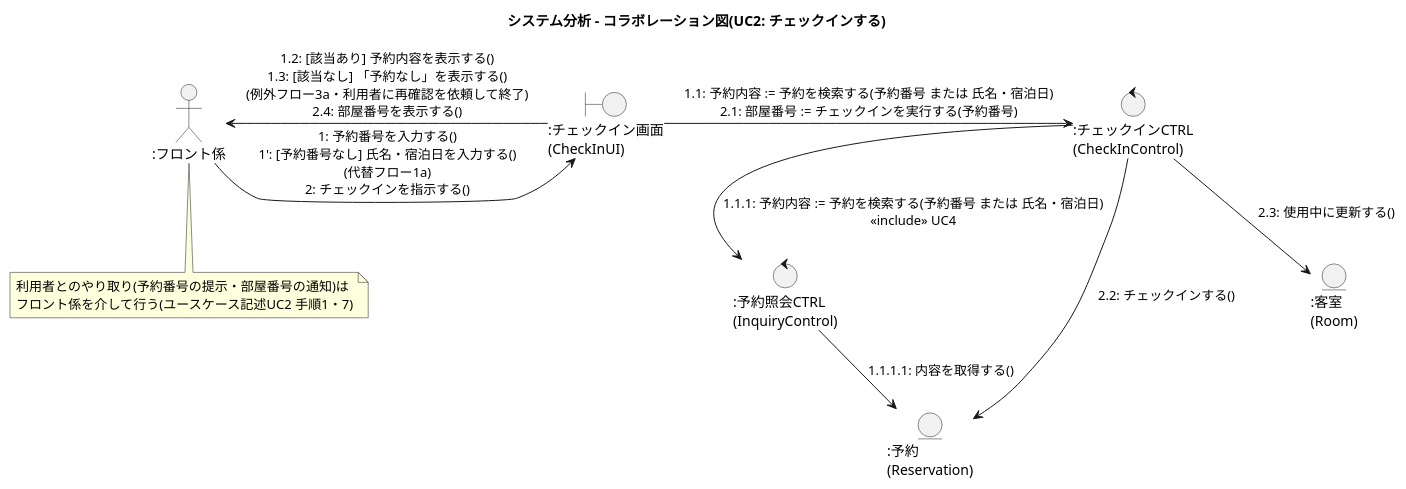
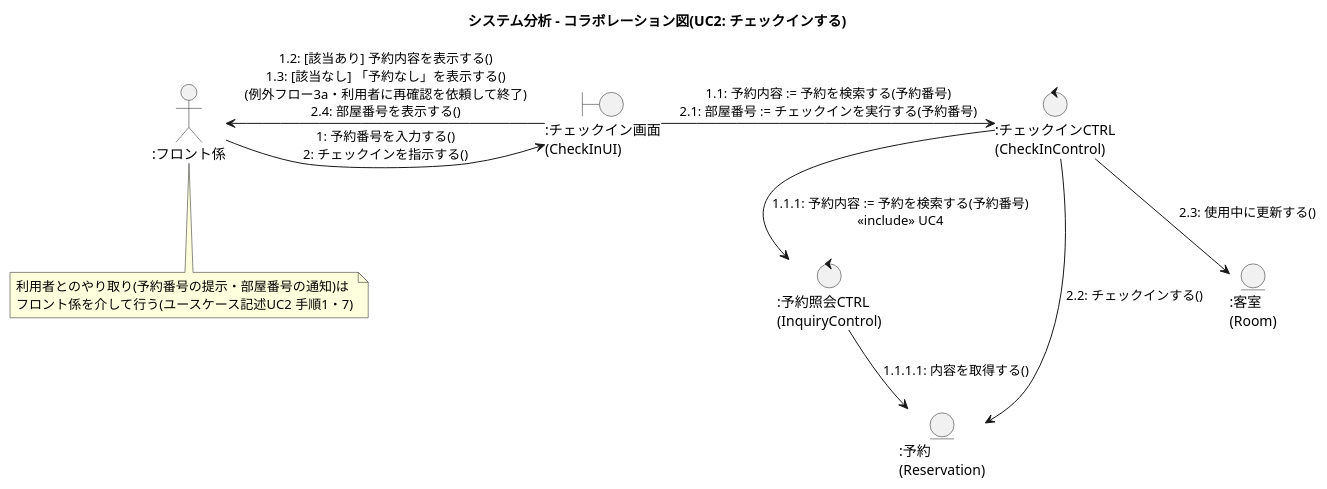
One commit to doguto/waseda-hrs changed the diagram in docs/uml/08b_collaboration_uc2_checkin.puml. Above: the diagram before and after it, drawn with PlantUML. The commit also changed 9 other files, not shown here.

First line of the commit message:
docs(uml): 裏付けのない代替フローを削除して整合させる

```diff
--- a/docs/uml/08b_collaboration_uc2_checkin.puml
+++ b/docs/uml/08b_collaboration_uc2_checkin.puml
@@ -1,21 +1,21 @@
 @startuml 08b_collaboration_uc2_checkin
 title システム分析 - コラボレーション図(UC2: チェックインする)
 
 actor ":フロント係" as Staff
 boundary ":チェックイン画面\n(CheckInUI)" as UI
 control ":チェックインCTRL\n(CheckInControl)" as Ctrl
 control ":予約照会CTRL\n(InquiryControl)" as Inq
 entity ":予約\n(Reservation)" as Rsv
 entity ":客室\n(Room)" as Room
 
-Staff -right-> UI : 1: 予約番号を入力する()\n1': [予約番号なし] 氏名・宿泊日を入力する()\n(代替フロー1a)\n2: チェックインを指示する()
+Staff -right-> UI : 1: 予約番号を入力する()\n2: チェックインを指示する()
 UI -left-> Staff : 1.2: [該当あり] 予約内容を表示する()\n1.3: [該当なし] 「予約なし」を表示する()\n(例外フロー3a・利用者に再確認を依頼して終了)\n2.4: 部屋番号を表示する()
-UI -right-> Ctrl : 1.1: 予約内容 := 予約を検索する(予約番号 または 氏名・宿泊日)\n2.1: 部屋番号 := チェックインを実行する(予約番号)
-Ctrl -down-> Inq : 1.1.1: 予約内容 := 予約を検索する(予約番号 または 氏名・宿泊日)\n<<include>> UC4
+UI -right-> Ctrl : 1.1: 予約内容 := 予約を検索する(予約番号)\n2.1: 部屋番号 := チェックインを実行する(予約番号)
+Ctrl -down-> Inq : 1.1.1: 予約内容 := 予約を検索する(予約番号)\n<<include>> UC4
 Inq -down-> Rsv : 1.1.1.1: 内容を取得する()
 Ctrl -down-> Rsv : 2.2: チェックインする()
 Ctrl -down-> Room : 2.3: 使用中に更新する()
 
 note bottom of Staff : 利用者とのやり取り(予約番号の提示・部屋番号の通知)は\nフロント係を介して行う(ユースケース記述UC2 手順1・7)
 
 @enduml
```
